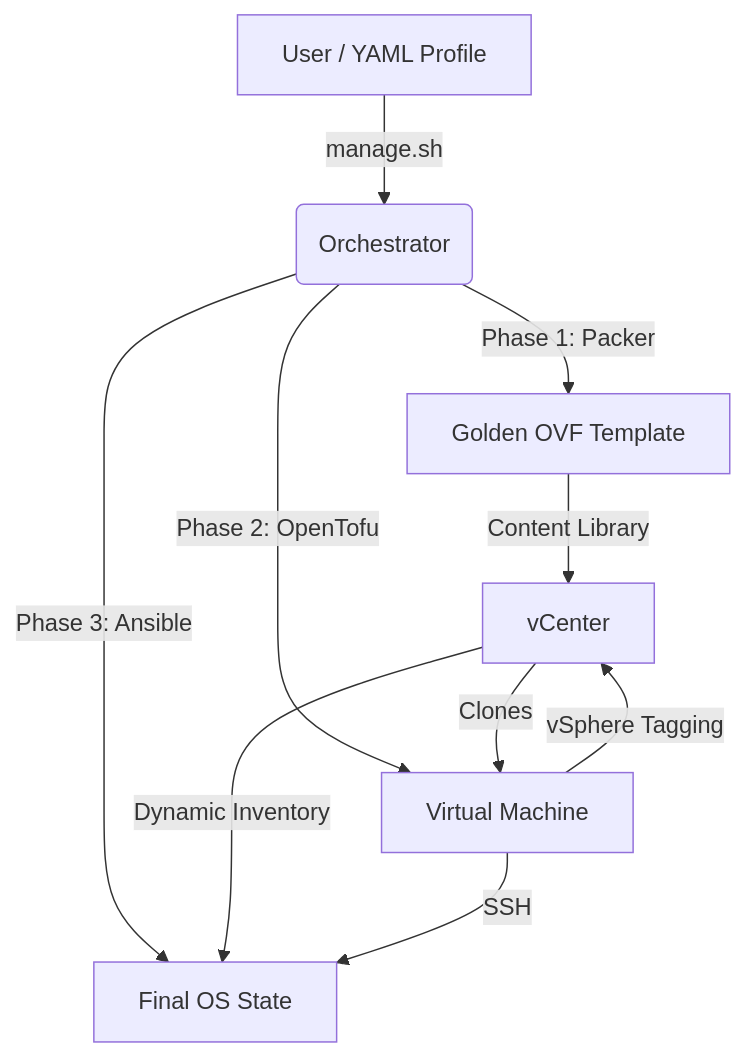
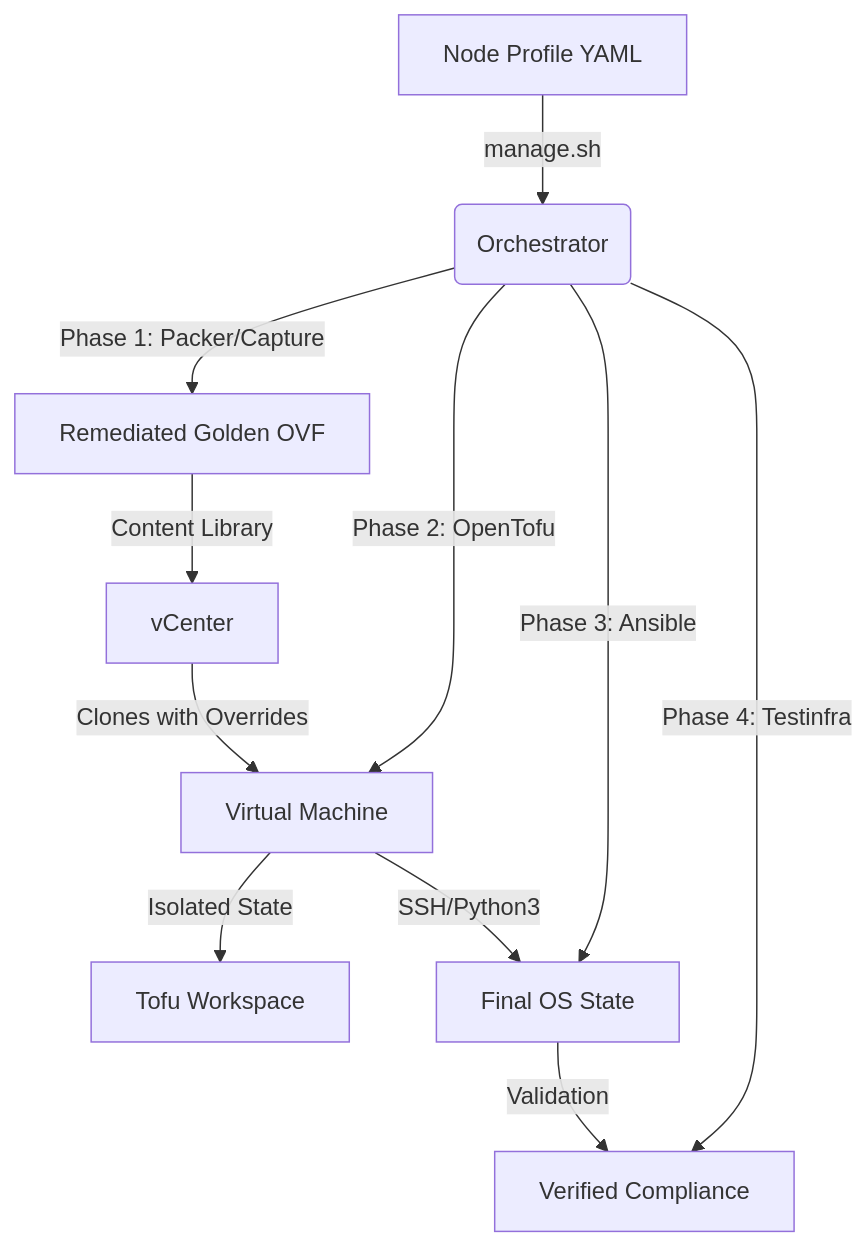
The diagram in docs/DESIGN.md (echoares-lab/homelab-gitops), drawn with Mermaid before and after one commit. The commit also changed other lines of this file and 3 other files, not shown here.

````diff
--- a/docs/DESIGN.md
+++ b/docs/DESIGN.md
@@ -9,12 +9,13 @@
 ```mermaid
 graph TD
-    A[User / YAML Profile] -->|manage.sh| B(Orchestrator)
-    B -->|Phase 1: Packer| C[Golden OVF Template]
+    A[Node Profile YAML] -->|manage.sh| B(Orchestrator)
+    B -->|Phase 1: Packer/Capture| C[Remediated Golden OVF]
     C -->|Content Library| D[vCenter]
     B -->|Phase 2: OpenTofu| E[Virtual Machine]
-    D -->|Clones| E
-    E -->|vSphere Tagging| D
+    D -->|Clones with Overrides| E
+    E -->|Isolated State| Workspace[Tofu Workspace]
     B -->|Phase 3: Ansible| F[Final OS State]
-    D -->|Dynamic Inventory| F
-    E -->|SSH| F
+    E -->|SSH/Python3| F
+    B -->|Phase 4: Testinfra| G[Verified Compliance]
+    F -->|Validation| G
 ```
````
